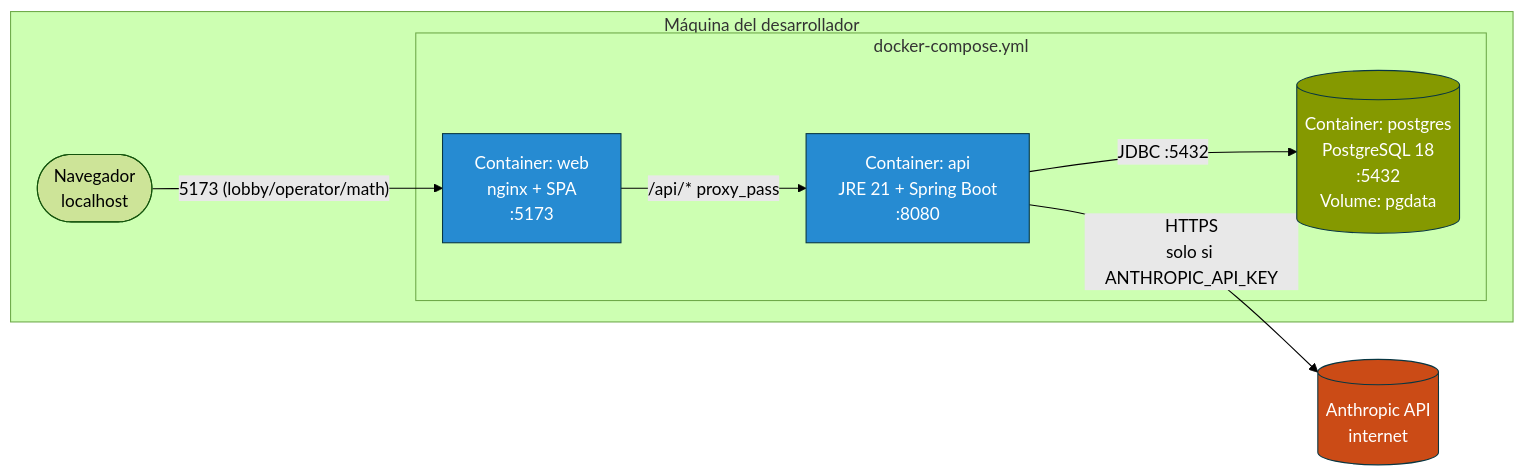
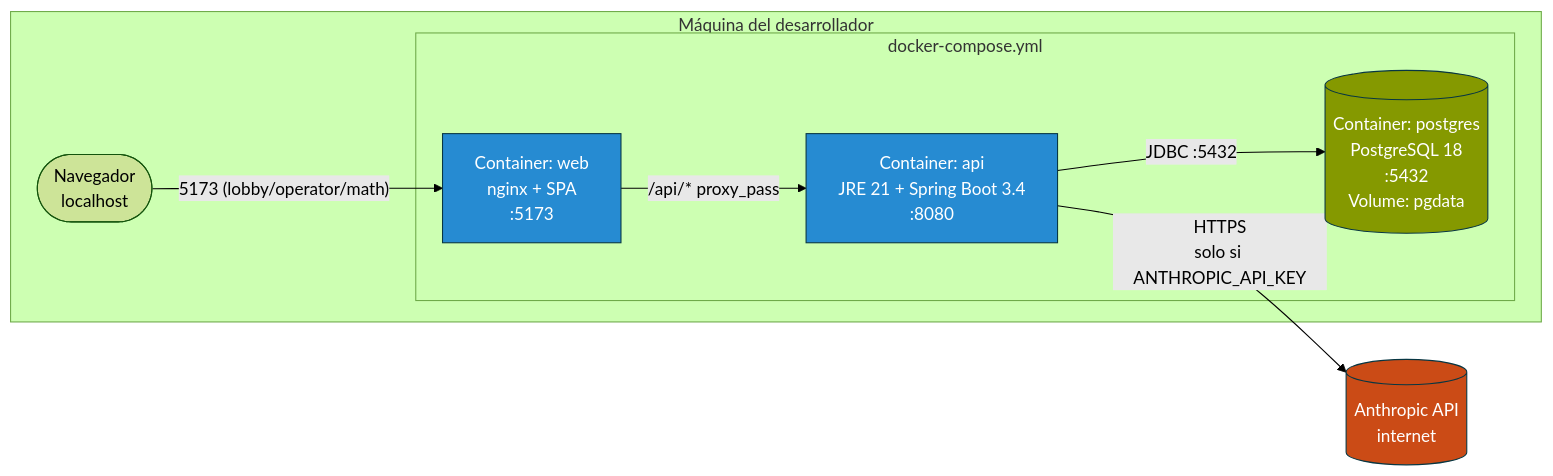
One commit to jordipochvall/AI4Devs-finalproject changed the seventh of 11 diagrams in readme.md. Above: the diagram before and after it, drawn with Mermaid (forest theme). The commit also changed other lines of this file and 1 other file, not shown here.

````diff
--- a/readme.md
+++ b/readme.md
@@ -699,25 +803,25 @@
 ```mermaid
 flowchart LR
     subgraph Host["Máquina del desarrollador"]
         subgraph Compose["docker-compose.yml"]
             WEB["Container: web<br/>nginx + SPA<br/>:5173"]
-            API["Container: api<br/>JRE 21 + Spring Boot<br/>:8080"]
+            API["Container: api<br/>JRE 21 + Spring Boot 3.4<br/>:8080"]
             PG[("Container: postgres<br/>PostgreSQL 18<br/>:5432<br/>Volume: pgdata")]
         end
         Browser([Navegador<br/>localhost])
     end
 
     Anthropic[(Anthropic API<br/>internet)]
 
     Browser -- "5173 (lobby/operator/math)" --> WEB
     WEB -- "/api/* proxy_pass" --> API
     API -- "JDBC :5432" --> PG
     API -- "HTTPS<br/>solo si ANTHROPIC_API_KEY" --> Anthropic
 
     classDef cont fill:#268bd2,stroke:#073642,color:#fff
     classDef db fill:#859900,stroke:#073642,color:#fff
     classDef ext fill:#cb4b16,stroke:#073642,color:#fff
     class WEB,API cont
     class PG db
     class Anthropic ext
 ```
````
